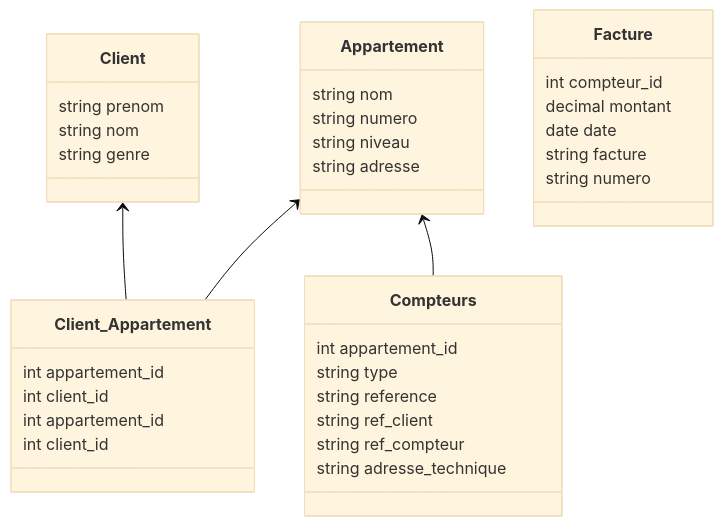
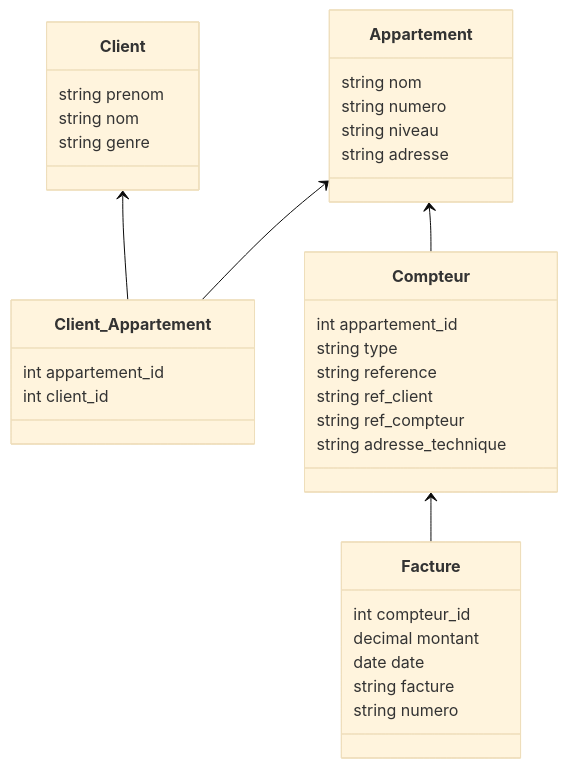
Before and after one commit to desmond8500/Building-management: the diagram in docs/Diagramme.md, drawn with Mermaid (base theme). The commit also changed 5 other files, not shown here.

````diff
--- a/docs/Diagramme.md
+++ b/docs/Diagramme.md
@@ -3,52 +3,48 @@
 ```mermaid
 classDiagram
 
 class Client{
     string prenom
     string nom
     string genre
 }
 
 Client <-- Client_Appartement
 Appartement <-- Client_Appartement
-Appartement <-- Compteurs
+Appartement <-- Compteur
+Compteur <-- Facture
 
 class Appartement{
     string nom
     string numero
     string niveau
     string adresse
 }
 
-class Compteurs{
+class Compteur{
     int appartement_id
     string type
     string reference
     string ref_client
     string ref_compteur
     string adresse_technique
-}
-
-class Client_Appartement{
-    int appartement_id
-    int client_id
 }
 
 class Client_Appartement{
     int appartement_id
     int client_id
 }
 
 class Facture{
     int compteur_id
     decimal montant
     date date
     string facture
     string numero
 }
 
 
 
 
 
 ```
````
